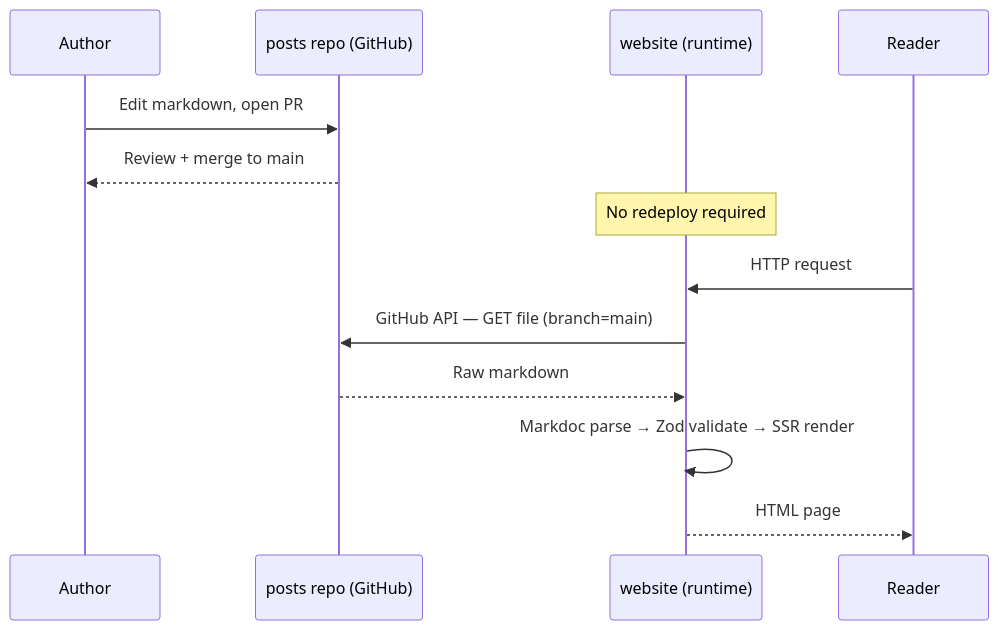
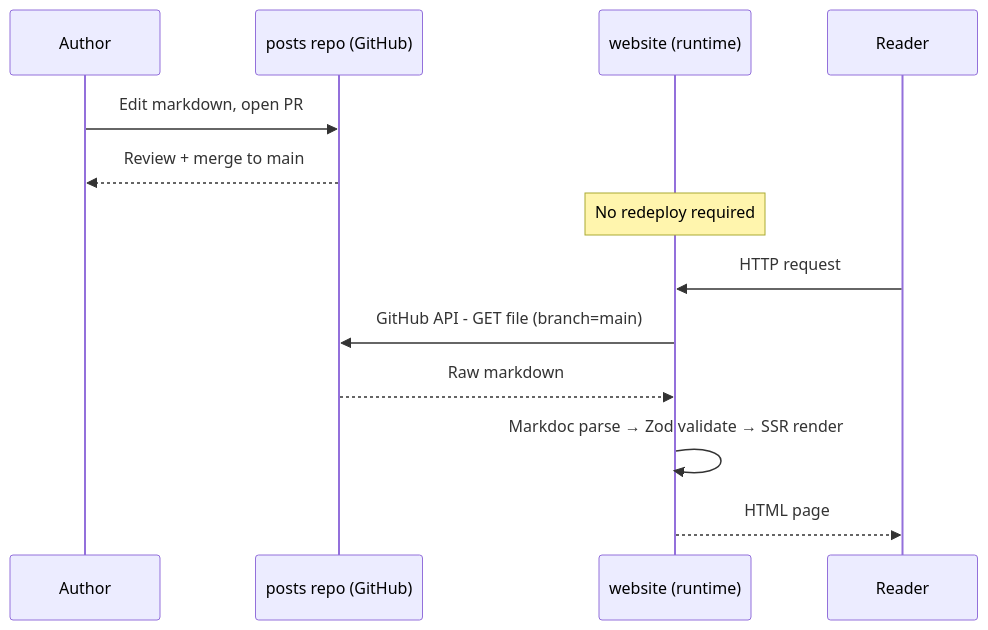
Before and after one commit to ocobo-revops/website: the second of 4 diagrams in docs/architecture/two-repo-content-pipeline.md, drawn with Mermaid. The commit also changed other lines of this file and 1 other file, not shown here.

````diff
--- a/docs/architecture/two-repo-content-pipeline.md
+++ b/docs/architecture/two-repo-content-pipeline.md
@@ -52,16 +52,16 @@
 ```mermaid
 sequenceDiagram
     participant A as Author
     participant P as posts repo (GitHub)
     participant W as website (runtime)
     participant R as Reader
 
     A->>P: Edit markdown, open PR
     P-->>A: Review + merge to main
     Note over W: No redeploy required
     R->>W: HTTP request
-    W->>P: GitHub API — GET file (branch=main)
+    W->>P: GitHub API - GET file (branch=main)
     P-->>W: Raw markdown
     W->>W: Markdoc parse → Zod validate → SSR render
     W-->>R: HTML page
 ```
````
